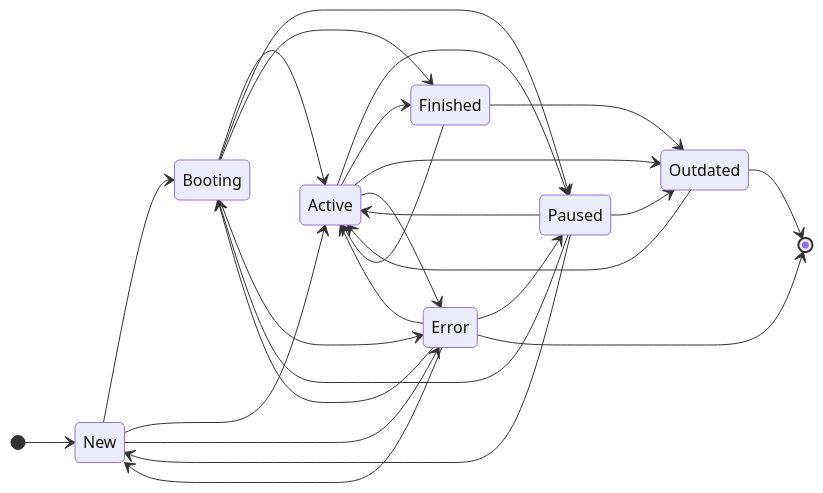
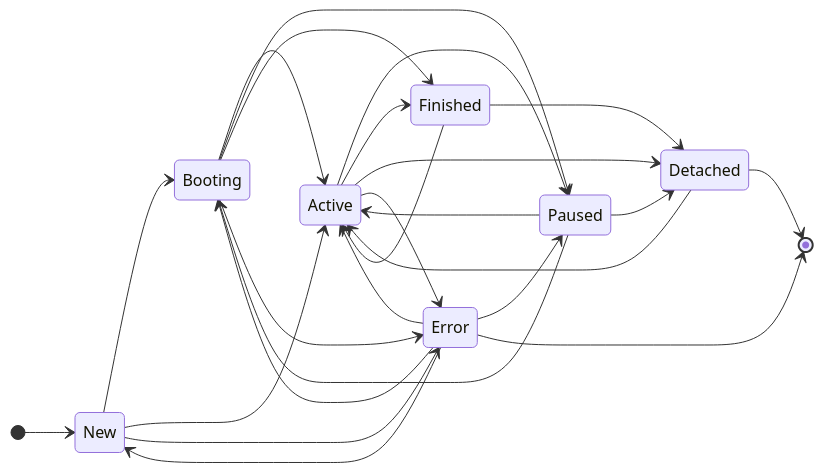
One commit to patchlevel/event-sourcing changed the diagram in docs/pages/subscription.md. Above: the diagram before and after it, drawn with Mermaid. The commit also changed other lines of this file and 5 other files, not shown here.

Commit message:
rename outdated into detached in subscription engine

````diff
--- a/docs/pages/subscription.md
+++ b/docs/pages/subscription.md
@@ -380,29 +380,28 @@
 ``` mermaid
 stateDiagram-v2
     direction LR
     [*] --> New
     New --> Booting
     New --> Active
     New --> Error
     Booting --> Active
     Booting --> Paused
     Booting --> Finished
     Booting --> Error
     Active --> Paused
     Active --> Finished
-    Active --> Outdated
+    Active --> Detached
     Active --> Error
-    Paused --> New
     Paused --> Booting
     Paused --> Active
-    Paused --> Outdated
+    Paused --> Detached
     Finished --> Active
-    Finished --> Outdated
+    Finished --> Detached
     Error --> New
     Error --> Booting
     Error --> Active
     Error --> Paused
     Error --> [*]
-    Outdated --> Active
-    Outdated --> [*]
+    Detached --> Active
+    Detached --> [*]
 ```
````
